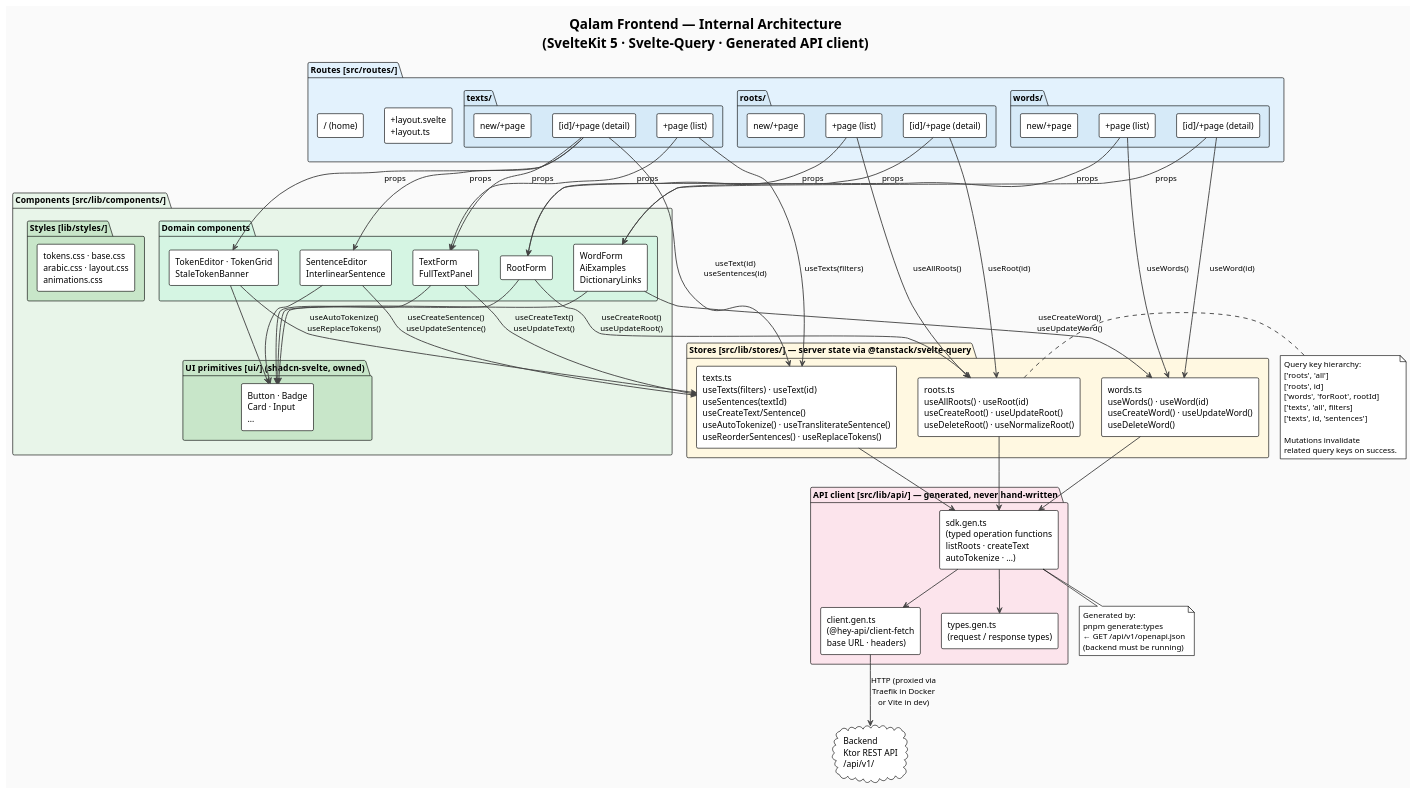
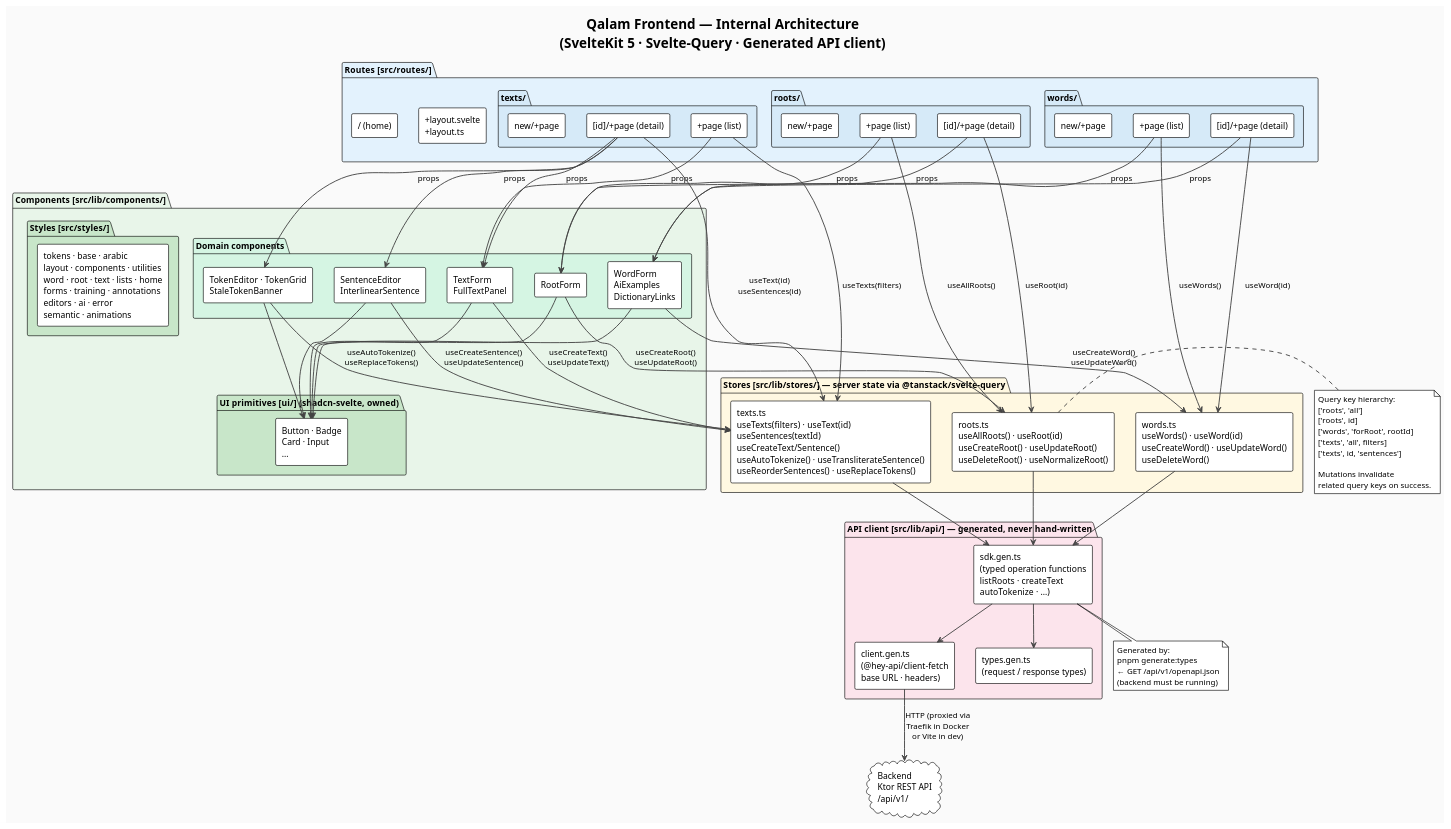
One commit to amasotti/qalam changed the diagram in docs/architecture/architecture-frontend.puml. Above: the diagram before and after it, drawn with PlantUML. The commit also changed 2 other files, not shown here.

```diff
--- a/docs/architecture/architecture-frontend.puml
+++ b/docs/architecture/architecture-frontend.puml
@@ -1,138 +1,138 @@
 @startuml Qalam — Frontend Architecture
 !theme plain
 skinparam defaultFontName Helvetica
 skinparam backgroundColor #FAFAFA
 skinparam ArrowColor #444444
 skinparam ArrowThickness 1.5
 skinparam componentStyle rectangle
 
 title Qalam Frontend — Internal Architecture\n(SvelteKit 5 · Svelte-Query · Generated API client)
 
 ' ── Routes layer ──────────────────────────────────────────────────────────────
 package "Routes  [src/routes/]" #E3F2FD {
     component "+layout.svelte\n+layout.ts" as layout
     component "/ (home)" as routeHome
 
     package "roots/" #D6EAF8 {
         component "+page (list)" as routeRootList
         component "[id]/+page (detail)" as routeRootDetail
         component "new/+page" as routeRootNew
     }
     package "texts/" #D6EAF8 {
         component "+page (list)" as routeTextList
         component "[id]/+page (detail)" as routeTextDetail
         component "new/+page" as routeTextNew
     }
     package "words/" #D6EAF8 {
         component "+page (list)" as routeWordList
         component "[id]/+page (detail)" as routeWordDetail
         component "new/+page" as routeWordNew
     }
 }
 
 ' ── Components layer ──────────────────────────────────────────────────────────
 package "Components  [src/lib/components/]" #E8F5E9 {
     package "Domain components" #D5F5E3 {
         component "RootForm" as cmpRootForm
 
         component "TextForm\nFullTextPanel" as cmpText
         component "SentenceEditor\nInterlinearSentence" as cmpSentence
         component "TokenEditor · TokenGrid\nStaleTokenBanner" as cmpToken
 
         component "WordForm\nAiExamples\nDictionaryLinks" as cmpWord
     }
 
     package "UI primitives  [ui/]  (shadcn-svelte, owned)" #C8E6C9 {
         component "Button · Badge\nCard · Input\n…" as cmpUI
     }
 
-    package "Styles  [lib/styles/]" #C8E6C9 {
-        component "tokens.css · base.css\narabic.css · layout.css\nanimations.css" as styles
+    package "Styles  [src/styles/]" #C8E6C9 {
+        component "tokens · base · arabic\nlayout · components · utilities\nword · root · text · lists · home\nforms · training · annotations\neditors · ai · error\nsemantic · animations" as styles
     }
 }
 
 ' ── Stores layer ──────────────────────────────────────────────────────────────
 package "Stores  [src/lib/stores/]  — server state via @tanstack/svelte-query" #FFF8E1 {
     component "roots.ts\nuseAllRoots() · useRoot(id)\nuseCreateRoot() · useUpdateRoot()\nuseDeleteRoot() · useNormalizeRoot()" as storeRoots
 
     component "texts.ts\nuseTexts(filters) · useText(id)\nuseSentences(textId)\nuseCreateText/Sentence()\nuseAutoTokenize() · useTransliterateSentence()\nuseReorderSentences() · useReplaceTokens()" as storeTexts
 
     component "words.ts\nuseWords() · useWord(id)\nuseCreateWord() · useUpdateWord()\nuseDeleteWord()" as storeWords
 }
 
 note right of storeRoots
   Query key hierarchy:
   ['roots', 'all']
   ['roots', id]
   ['words', 'forRoot', rootId]
   ['texts', 'all', filters]
   ['texts', id, 'sentences']
 
   Mutations invalidate
   related query keys on success.
 end note
 
 ' ── API layer ─────────────────────────────────────────────────────────────────
 package "API client  [src/lib/api/]  — generated, never hand-written" #FCE4EC {
     component "sdk.gen.ts\n(typed operation functions\nlistRoots · createText\nautoTokenize · …)" as apiSdk
 
     component "types.gen.ts\n(request / response types)" as apiTypes
 
     component "client.gen.ts\n(@hey-api/client-fetch\nbase URL · headers)" as apiClient
 }
 
 note bottom of apiSdk
   Generated by:
   pnpm generate:types
   ← GET /api/v1/openapi.json
   (backend must be running)
 end note
 
 ' ── Backend (external) ────────────────────────────────────────────────────────
 cloud "Backend\nKtor REST API\n/api/v1/" as backend
 
 ' ── Dependency arrows ─────────────────────────────────────────────────────────
 
 ' Routes → Components (via props)
 routeRootList   --> cmpRootForm   : props
 routeRootDetail --> cmpRootForm   : props
 routeTextList   --> cmpText       : props
 routeTextDetail --> cmpText       : props
 routeTextDetail --> cmpSentence   : props
 routeTextDetail --> cmpToken      : props
 routeWordList   --> cmpWord       : props
 routeWordDetail --> cmpWord       : props
 
 ' Routes → Stores (read state + trigger mutations)
 routeRootList   --> storeRoots  : useAllRoots()
 routeRootDetail --> storeRoots  : useRoot(id)
 routeTextList   --> storeTexts  : useTexts(filters)
 routeTextDetail --> storeTexts  : useText(id)\nuseSentences(id)
 routeWordList   --> storeWords  : useWords()
 routeWordDetail --> storeWords  : useWord(id)
 
 ' Components → Stores (mutation callbacks, passed down as props)
 cmpRootForm --> storeRoots  : useCreateRoot()\nuseUpdateRoot()
 cmpText     --> storeTexts  : useCreateText()\nuseUpdateText()
 cmpSentence --> storeTexts  : useCreateSentence()\nuseUpdateSentence()
 cmpToken    --> storeTexts  : useAutoTokenize()\nuseReplaceTokens()
 cmpWord     --> storeWords  : useCreateWord()\nuseUpdateWord()
 
 ' Stores → API
 storeRoots  --> apiSdk
 storeTexts  --> apiSdk
 storeWords  --> apiSdk
 
 ' API → backend
 apiSdk    --> apiClient
 apiSdk    --> apiTypes
 apiClient --> backend : HTTP (proxied via\nTraefik in Docker\nor Vite in dev)
 
 ' UI is consumed by all domain components
 cmpRootForm --> cmpUI
 cmpText     --> cmpUI
 cmpSentence --> cmpUI
 cmpToken    --> cmpUI
 cmpWord     --> cmpUI
 
 @enduml
```
